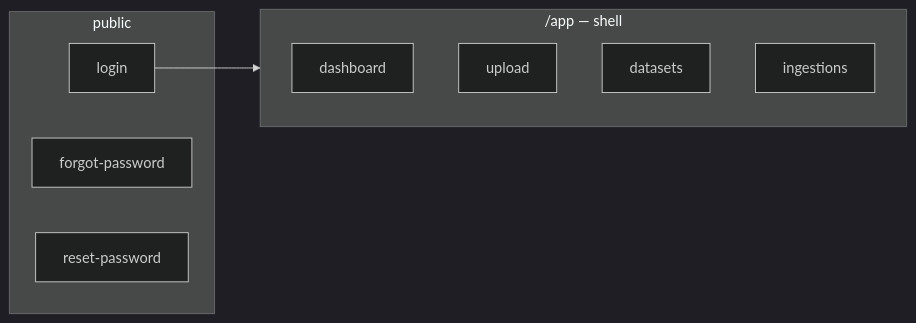
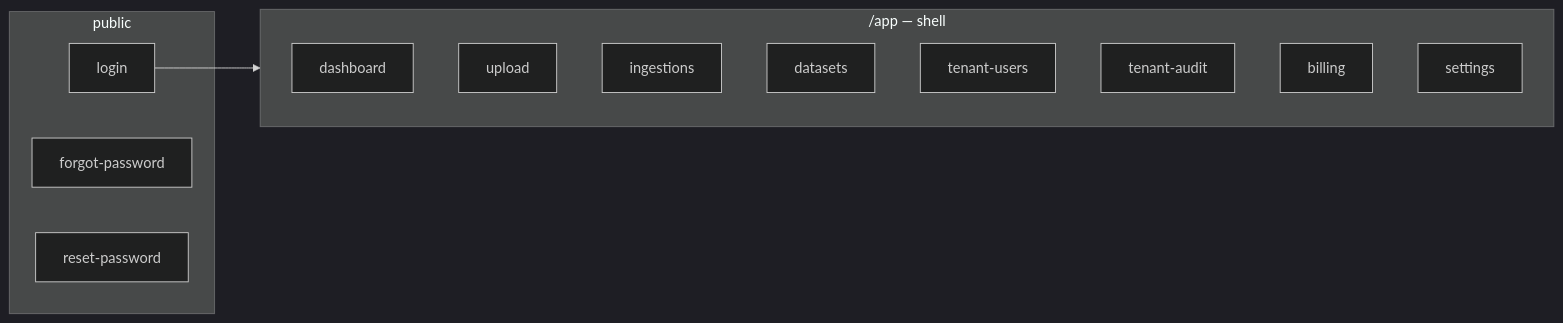
The diagram in docs/wireframes/README.md (4techRepositorio/sasbi), drawn with Mermaid (dark theme) before and after one commit. The commit also changed other lines of this file and 207 other files, not shown here.

````diff
--- a/docs/wireframes/README.md
+++ b/docs/wireframes/README.md
@@ -25,17 +25,21 @@
 ```mermaid
 flowchart LR
   subgraph public
     L[login]
     F[forgot-password]
     R[reset-password]
   end
   subgraph app_authenticated["/app — shell"]
     D[dashboard]
     U[upload]
+    IN[ingestions]
     DS[datasets]
-    IN[ingestions]
+    TU[tenant-users]
+    TA[tenant-audit]
+    B[billing]
+    S[settings]
   end
   L --> app_authenticated
   F
   R
 ```
````
